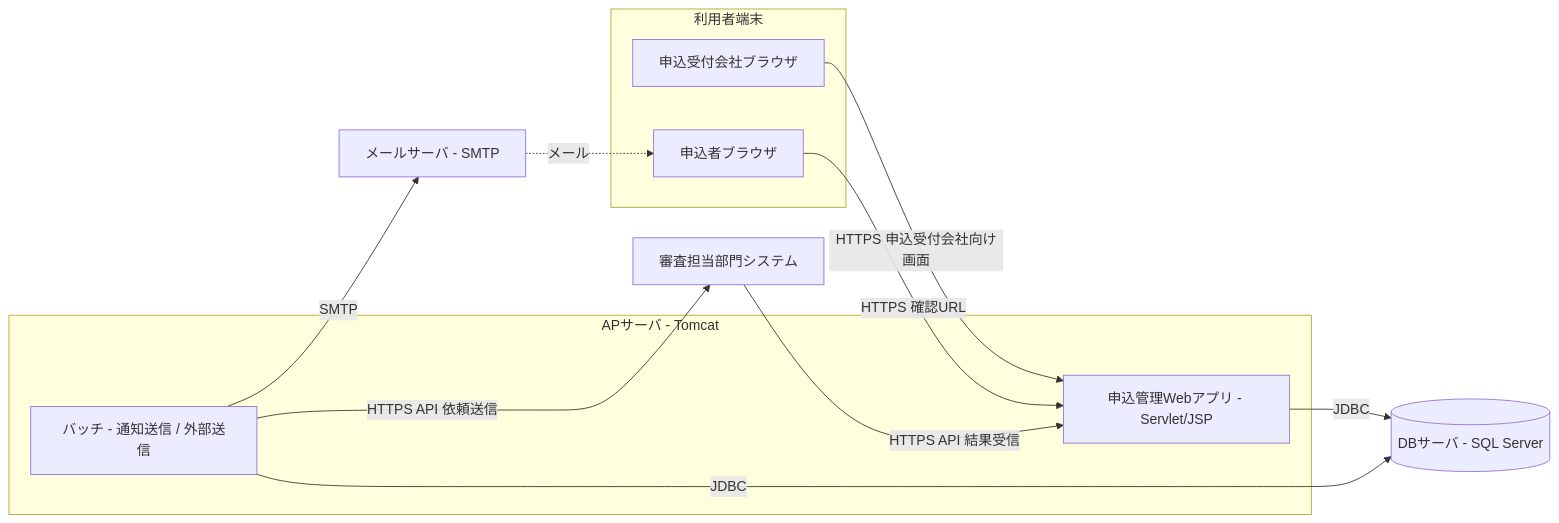
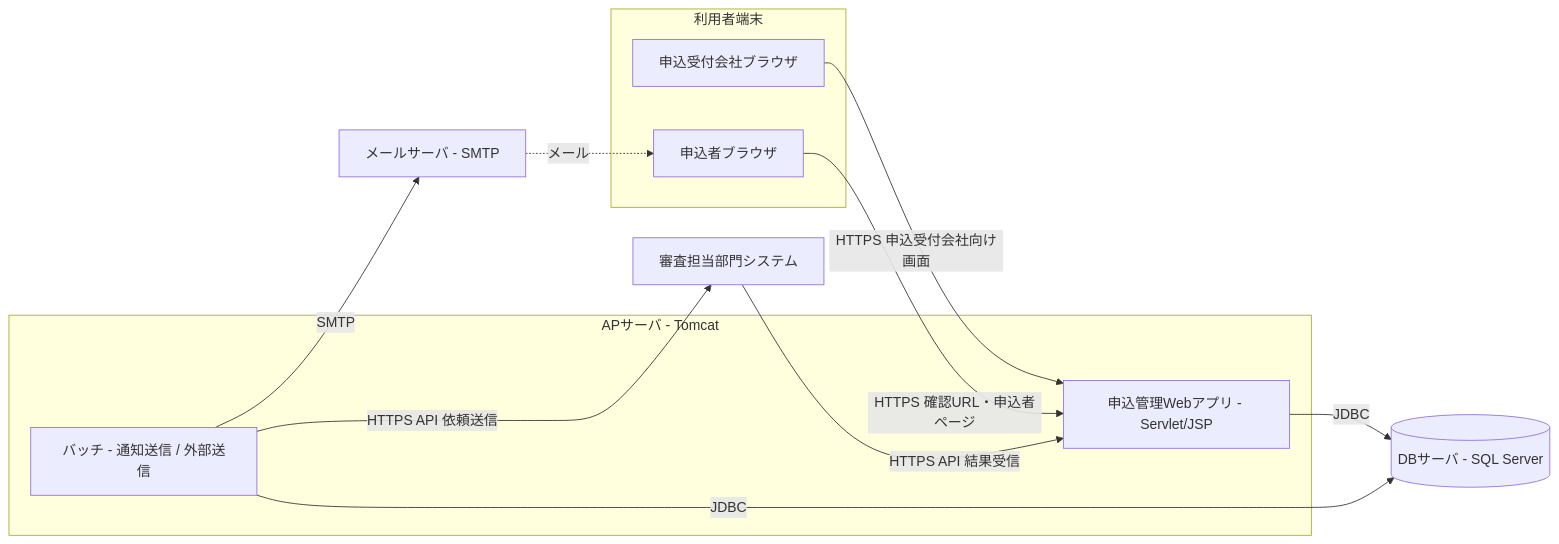
One commit to yasudaProduct/JavaServletSample2 changed the first of 2 diagrams in docs/basic-design/02-system-architecture.md. Above: the diagram before and after it, drawn with Mermaid. The commit also changed other lines of this file and 16 other files, not shown here.

````diff
--- a/docs/basic-design/02-system-architecture.md
+++ b/docs/basic-design/02-system-architecture.md
@@ -10,22 +10,22 @@
 ```mermaid
 flowchart LR
     subgraph client[利用者端末]
         BR_EMP[申込受付会社ブラウザ]
         BR_CUS[申込者ブラウザ]
     end
     subgraph ap[APサーバ - Tomcat]
         WEB[申込管理Webアプリ - Servlet/JSP]
         BATCH[バッチ - 通知送信 / 外部送信]
     end
     DB[(DBサーバ - SQL Server)]
     MAIL[メールサーバ - SMTP]
     EXT[審査担当部門システム]
     BR_EMP -- HTTPS 申込受付会社向け画面 --> WEB
-    BR_CUS -- HTTPS 確認URL --> WEB
+    BR_CUS -- HTTPS 確認URL・申込者ページ --> WEB
     WEB -- JDBC --> DB
     BATCH -- JDBC --> DB
     BATCH -- SMTP --> MAIL
     MAIL -. メール .-> BR_CUS
     BATCH -- HTTPS API 依頼送信 --> EXT
     EXT -- HTTPS API 結果受信 --> WEB
 ```
````
